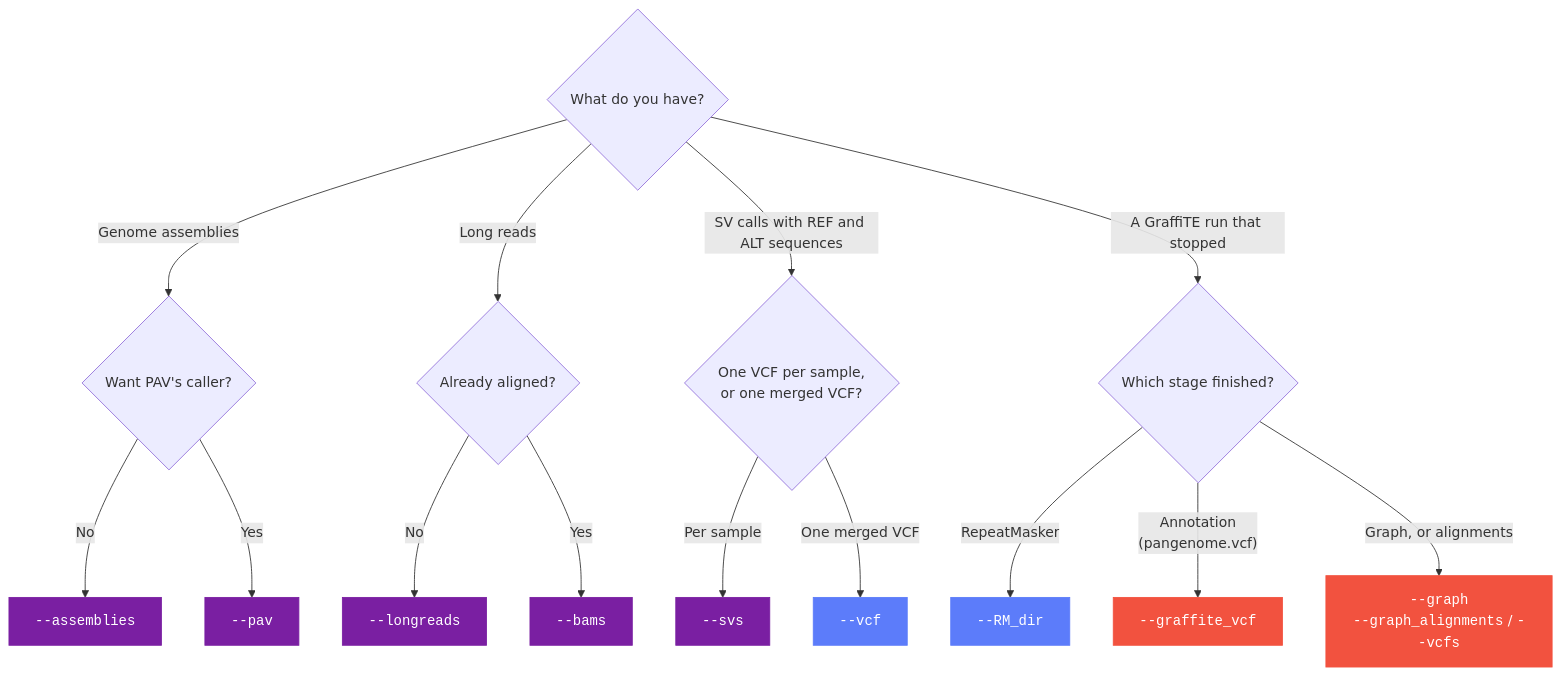
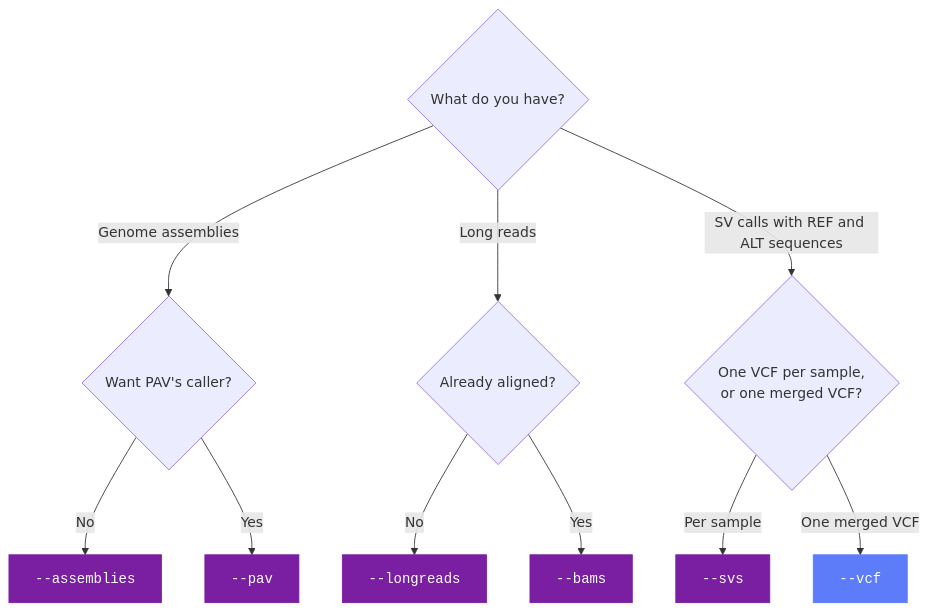
Before and after one commit to cgroza/GraffiTE: the diagram in docs/getting-started/choosing-your-inputs.md, drawn with Mermaid. The commit also changed other lines of this file and 7 other files, not shown here.

````diff
--- a/docs/getting-started/choosing-your-inputs.md
+++ b/docs/getting-started/choosing-your-inputs.md
@@ -36,28 +33,22 @@
 ```mermaid
 flowchart TD
     Q0{"What do you have?"}
 
     Q0 -->|"Genome assemblies"| Q1{"Want PAV's caller?"}
     Q1 -->|No| SA["<code>--assemblies</code>"]
     Q1 -->|Yes| PV["<code>--pav</code>"]
 
     Q0 -->|"Long reads"| Q2{"Already aligned?"}
     Q2 -->|No| LR["<code>--longreads</code>"]
     Q2 -->|Yes| BM["<code>--bams</code>"]
 
     Q0 -->|"SV calls with REF and ALT sequences"| Q3{"One VCF per sample,<br/>or one merged VCF?"}
     Q3 -->|"Per sample"| SV["<code>--svs</code>"]
     Q3 -->|"One merged VCF"| VC["<code>--vcf</code>"]
 
-    Q0 -->|"A GraffiTE run that stopped"| Q4{"Which stage finished?"}
-    Q4 -->|"RepeatMasker"| RM["<code>--RM_dir</code>"]
-    Q4 -->|"Annotation<br/>(pangenome.vcf)"| GV["<code>--graffite_vcf</code>"]
-    Q4 -->|"Graph, or alignments"| PC["<code>--graph</code><br/><code>--graph_alignments</code> / <code>--vcfs</code>"]
 
     classDef a fill:#7a1fa2,stroke:#7a1fa2,color:#fff;
     classDef b fill:#5c7cfa,stroke:#5c7cfa,color:#fff;
-    classDef c fill:#f2523f,stroke:#f2523f,color:#fff;
     class SA,PV,LR,BM,SV a;
-    class VC,RM b;
-    class GV,PC c;
+    class VC b;
 ```
````
